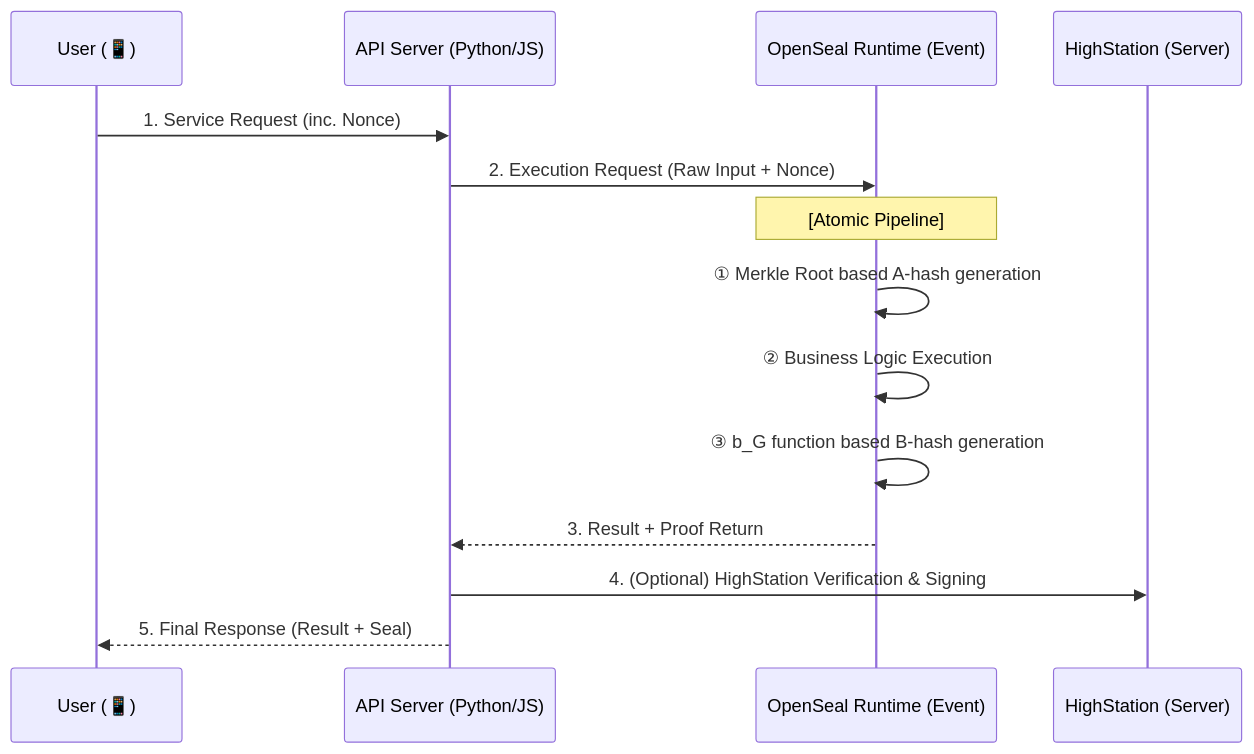
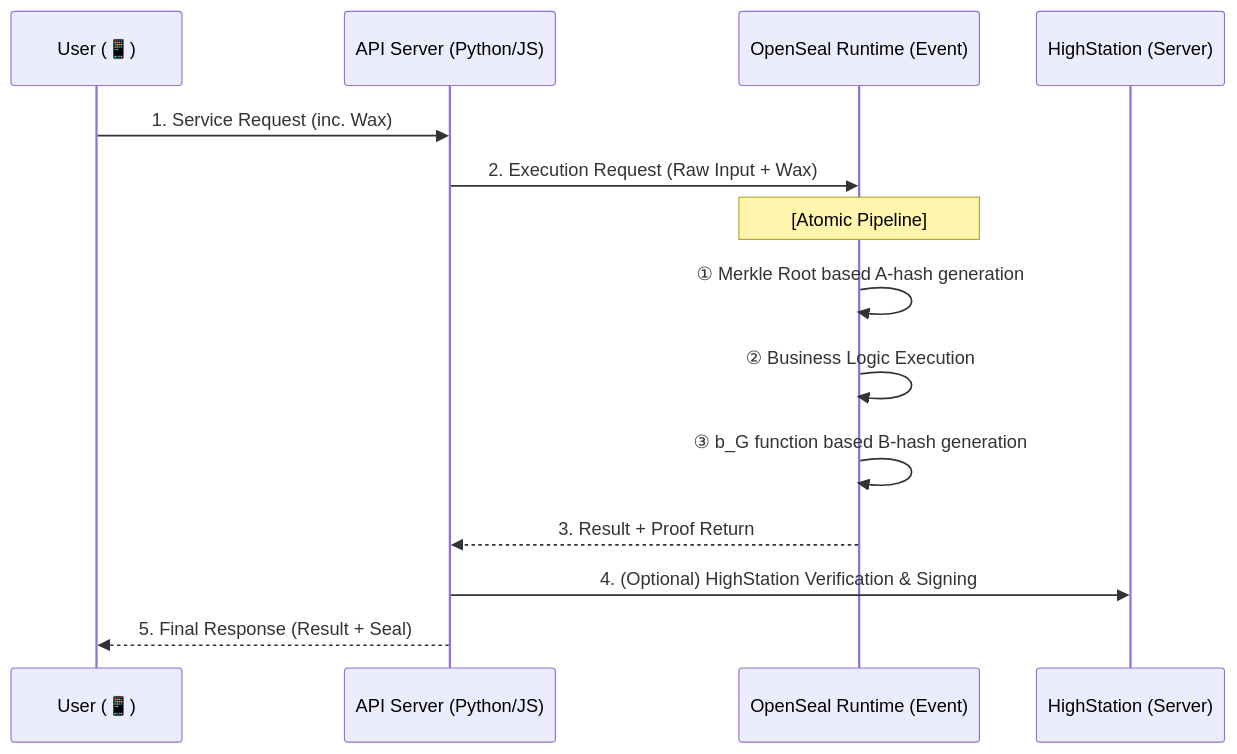
One commit to Gnomone/openseal changed the diagram in README.md. Above: the diagram before and after it, drawn with Mermaid. The commit also changed 6 other files, not shown here.

First line of the commit message:
feat: rename nonce to wax for metaphorical branding

````diff
--- a/README.md
+++ b/README.md
@@ -43,19 +43,19 @@
 ```mermaid
 sequenceDiagram
     participant Client as User (📱)
     participant Case as API Server (Python/JS)
     participant Event as OpenSeal Runtime (Event)
     participant HS as HighStation (Server)
 
-    Client->>Case: 1. Service Request (inc. Nonce)
-    Case->>Event: 2. Execution Request (Raw Input + Nonce)
+    Client->>Case: 1. Service Request (inc. Wax)
+    Case->>Event: 2. Execution Request (Raw Input + Wax)
     
     Note over Event: [Atomic Pipeline]
     Event->>Event: ① Merkle Root based A-hash generation
     Event->>Event: ② Business Logic Execution
     Event->>Event: ③ b_G function based B-hash generation
     
     Event-->>Case: 3. Result + Proof Return
     Case->>HS: 4. (Optional) HighStation Verification & Signing
     Case-->>Client: 5. Final Response (Result + Seal)
 ```
````
